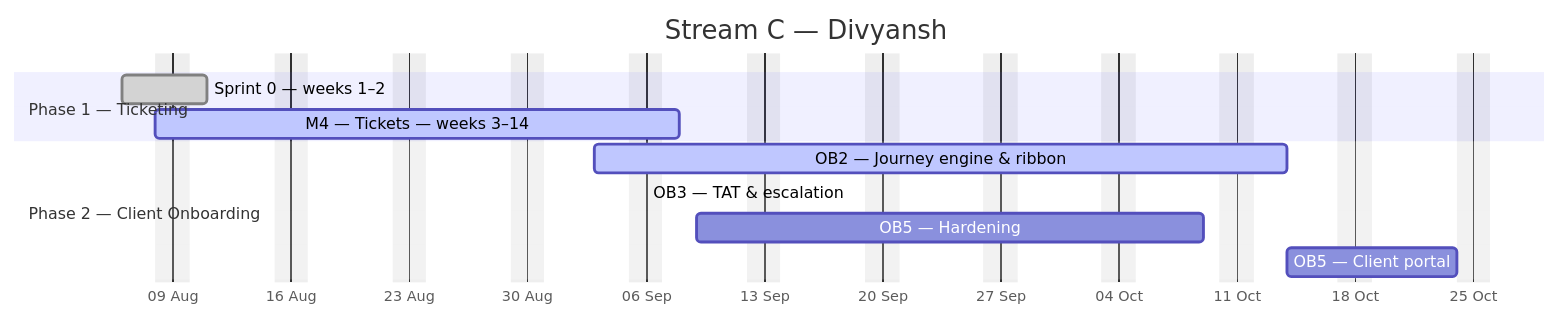
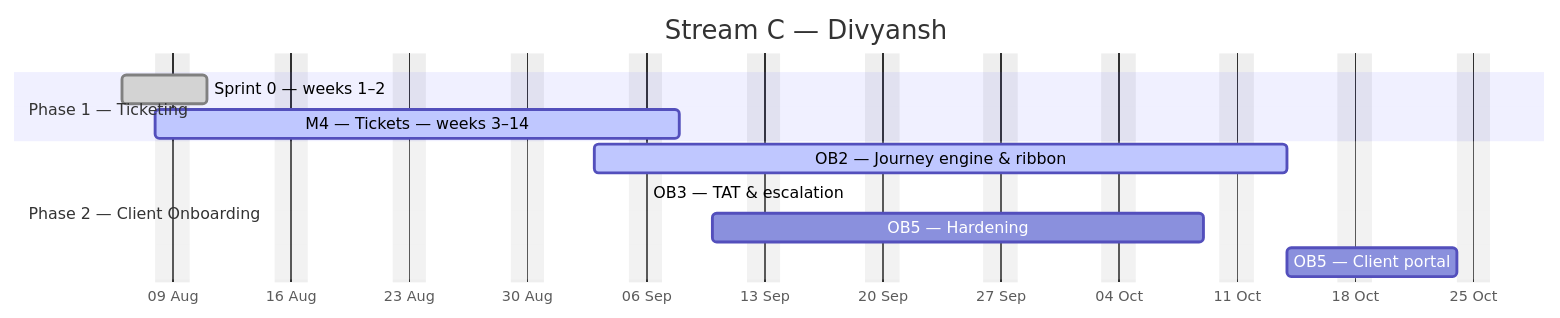
The third of 4 diagrams in docs/plan/GANTT.md (debashisedunext/EduTrack), drawn with Mermaid before and after one commit. The commit also changed other lines of this file and 2 other files, not shown here.

````diff
--- a/docs/plan/GANTT.md
+++ b/docs/plan/GANTT.md
@@ -168,15 +168,15 @@
 ```mermaid
 gantt
     dateFormat YYYY-MM-DD
     axisFormat %d %b
     title Stream C — Divyansh
     excludes weekends
     section Phase 1 — Ticketing
     Sprint 0 — weeks 1–2 :done, c0, 2026-08-06, 3d
     M4 — Tickets — weeks 3–14 :active, c1, 2026-08-08, 22d
     section Phase 2 — Client Onboarding
     OB2 — Journey engine & ribbon :active, c2, 2026-09-03, 29d
     OB3 — TAT & escalation :done, c3, 2026-09-06, 0d
-    OB5 — Hardening :c4, 2026-09-09, 22d
+    OB5 — Hardening :c4, 2026-09-10, 21d
     OB5 — Client portal :c5, 2026-10-14, 8d
 ```
````
